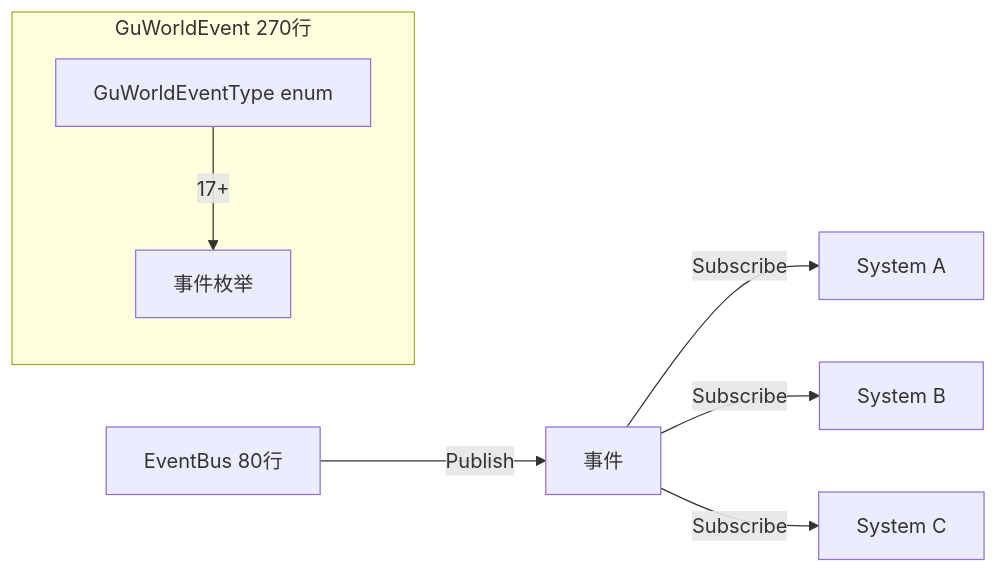
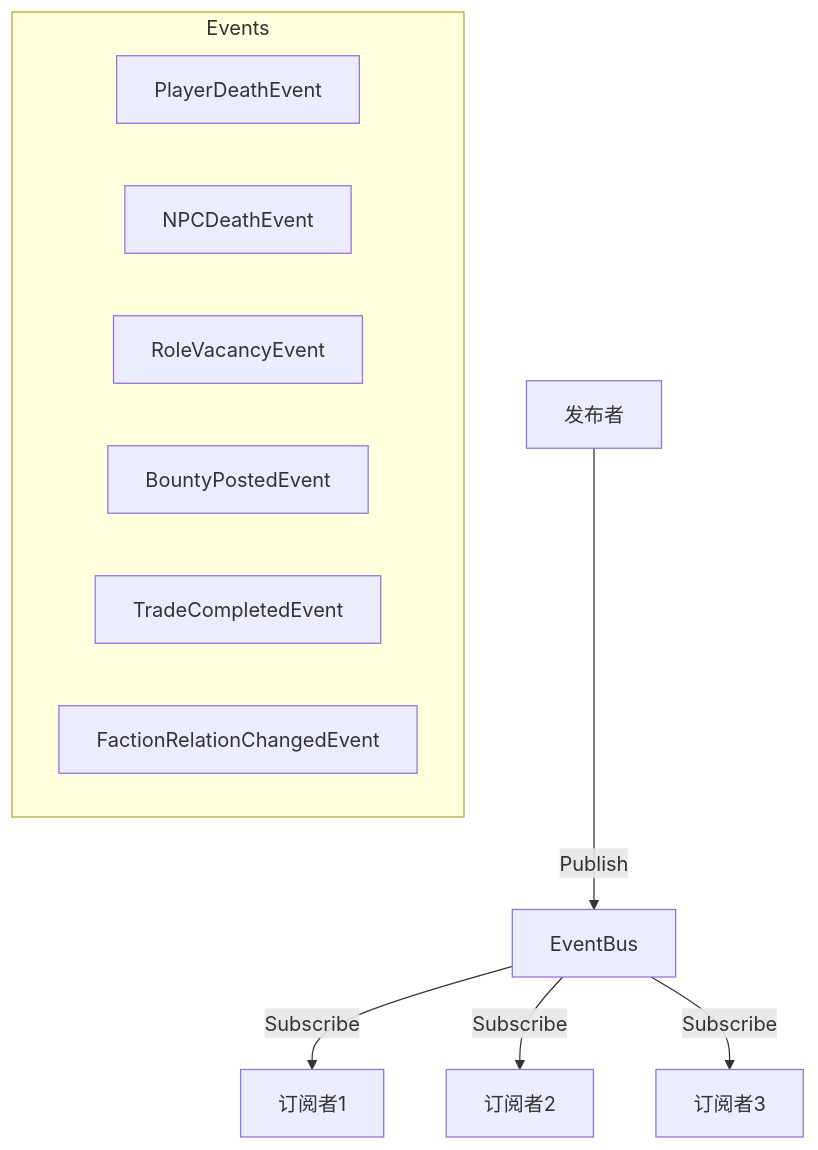
One commit to fsx-saki/VerminLordMod changed the third of 5 diagrams in plans/项目全景分析报告.md. Above: the diagram before and after it, drawn with Mermaid. The commit also changed other lines of this file and 68 other files, not shown here.

````diff
--- a/plans/项目全景分析报告.md
+++ b/plans/项目全景分析报告.md
@@ -455,12 +887,16 @@
 ```mermaid
-flowchart LR
-    EB[EventBus 80行] -->|Publish| EV[事件]
-    EV -->|Subscribe| S1[System A]
-    EV -->|Subscribe| S2[System B]
-    EV -->|Subscribe| S3[System C]
+graph TD
+    Publisher[发布者] -->|Publish<T>| EventBus[EventBus]
+    EventBus -->|Subscribe<T>| Subscriber1[订阅者1]
+    EventBus -->|Subscribe<T>| Subscriber2[订阅者2]
+    EventBus -->|Subscribe<T>| Subscriber3[订阅者3]
     
-    subgraph 事件类型[GuWorldEvent 270行]
-        GWE[GuWorldEventType enum]
-        GWE -->|17+| 事件枚举
+    subgraph Events
+        PlayerDeathEvent
+        NPCDeathEvent
+        RoleVacancyEvent
+        BountyPostedEvent
+        TradeCompletedEvent
+        FactionRelationChangedEvent
     end
 ```
````
